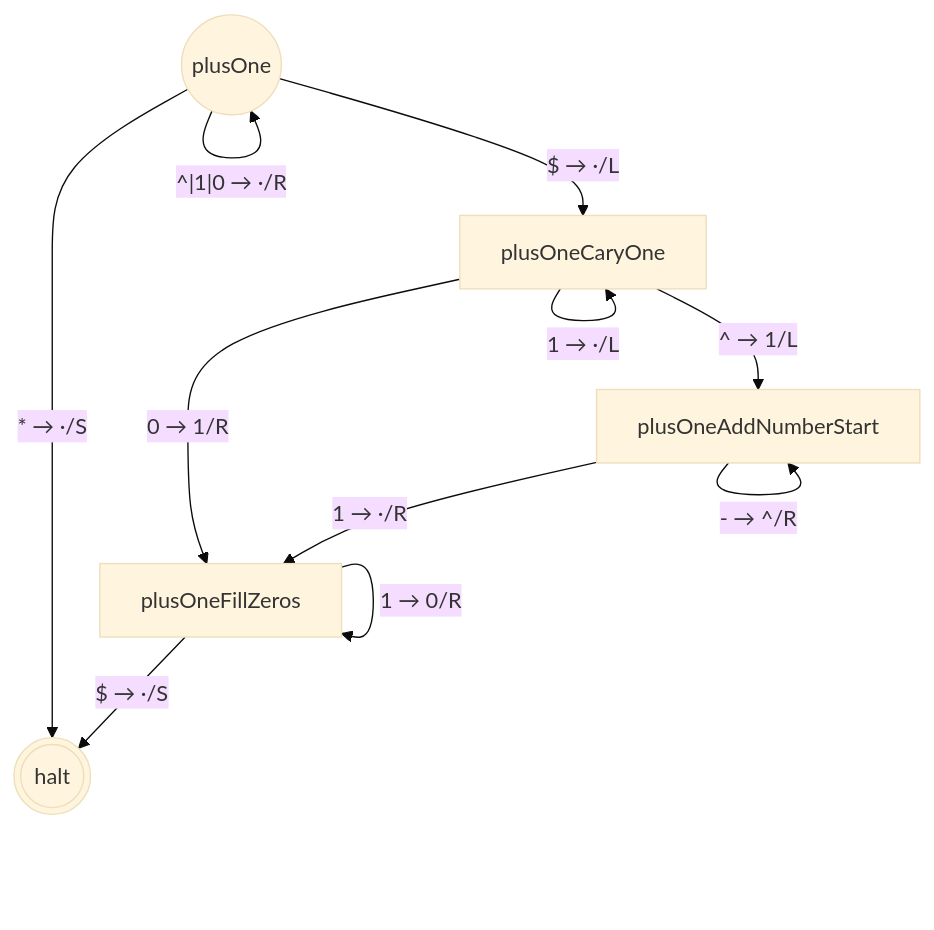
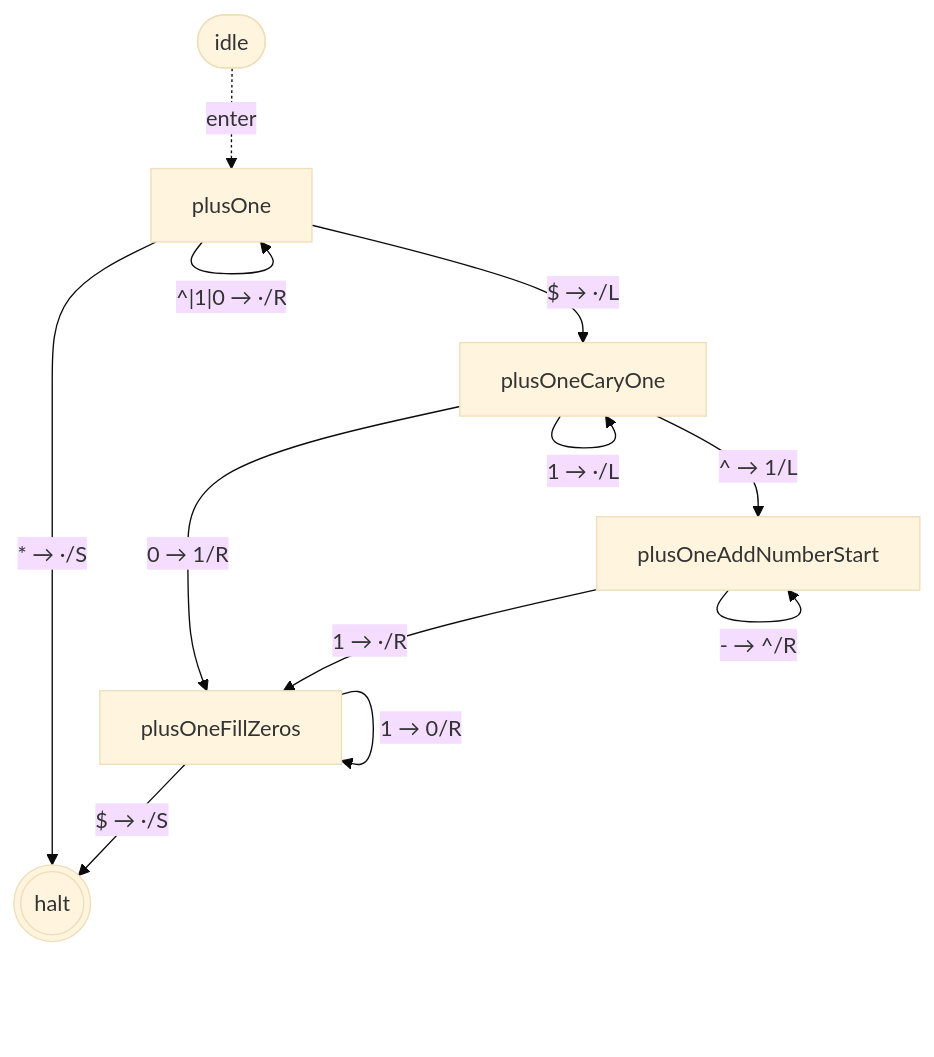
One commit to mellonis/turing-machine-js changed the eighth of 10 diagrams in packages/library-binary-numbers/states.md. Above: the diagram before and after it, drawn with Mermaid (base theme). The commit also changed other lines of this file and 5 other files, not shown here.

````diff
--- a/packages/library-binary-numbers/states.md
+++ b/packages/library-binary-numbers/states.md
@@ -139,19 +153,21 @@
 ```mermaid
 flowchart TD
 %% alphabets: [[" ","^","$","0","1"]]
   s0(((halt)))
   s16["plusOneFillZeros"]
   s17["plusOneAddNumberStart"]
   s18["plusOneCaryOne"]
-  s19(("plusOne"))
+  s19["plusOne"]
+  idle([idle])
+  idle -. enter .-> s19
   s16 -- "1 → 0/R" --> s16
   s16 -- "$ → ·/S" --> s0
   s17 -- "- → ^/R" --> s17
   s17 -- "1 → ·/R" --> s16
   s18 -- "0 → 1/R" --> s16
   s18 -- "1 → ·/L" --> s18
   s18 -- "^ → 1/L" --> s17
   s19 -- "^|1|0 → ·/R" --> s19
   s19 -- "$ → ·/L" --> s18
   s19 -- "* → ·/S" --> s0
 ```
````
